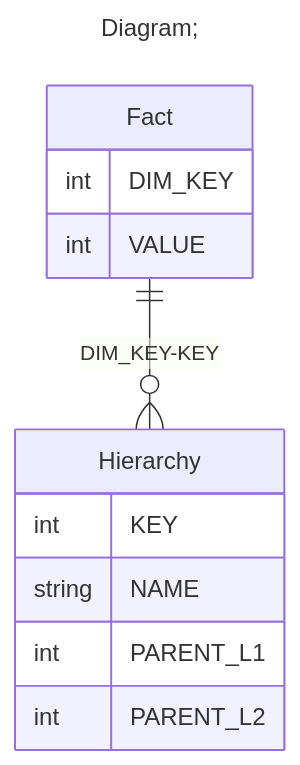
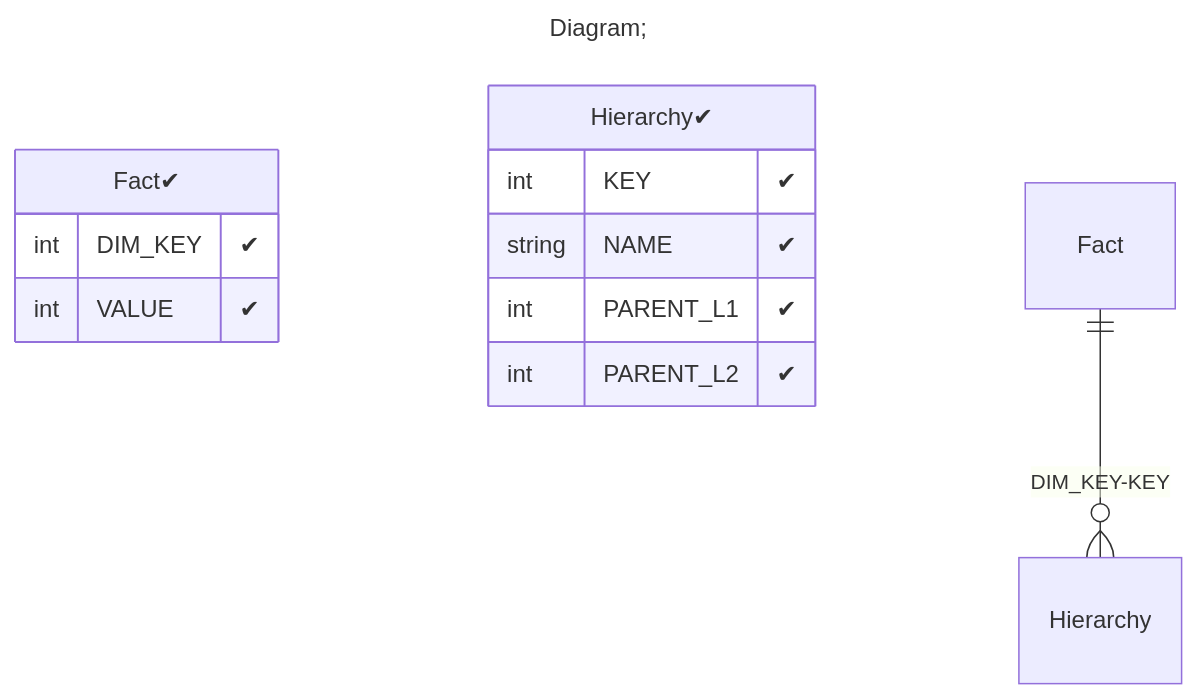
One commit to xmla-services/workground changed the third of 3 diagrams in demo/server/catalogs/min_Level_Column_parent_child/README.MD. Above: the diagram before and after it, drawn with Mermaid. The commit also changed 44 other files, not shown here.

Commit message:
tutorials. add flags (positive, negative) in database diagram Signed-off-by: dbulahov <bulahovdenis@gmail.com>

````diff
--- a/demo/server/catalogs/min_Level_Column_parent_child/README.MD
+++ b/demo/server/catalogs/min_Level_Column_parent_child/README.MD
@@ -98,18 +98,18 @@
 ```mermaid
 ---
 title: Diagram;
 ---
 erDiagram
-Fact{
-int DIM_KEY
-int VALUE
+"Fact✔"{
+int DIM_KEY "✔"
+int VALUE "✔"
 }
-Hierarchy{
-int KEY
-string NAME
-int PARENT_L1
-int PARENT_L2
+"Hierarchy✔"{
+int KEY "✔"
+string NAME "✔"
+int PARENT_L1 "✔"
+int PARENT_L2 "✔"
 }
 
 "Fact" ||--o{ "Hierarchy" : "DIM_KEY-KEY"
 ```
````
